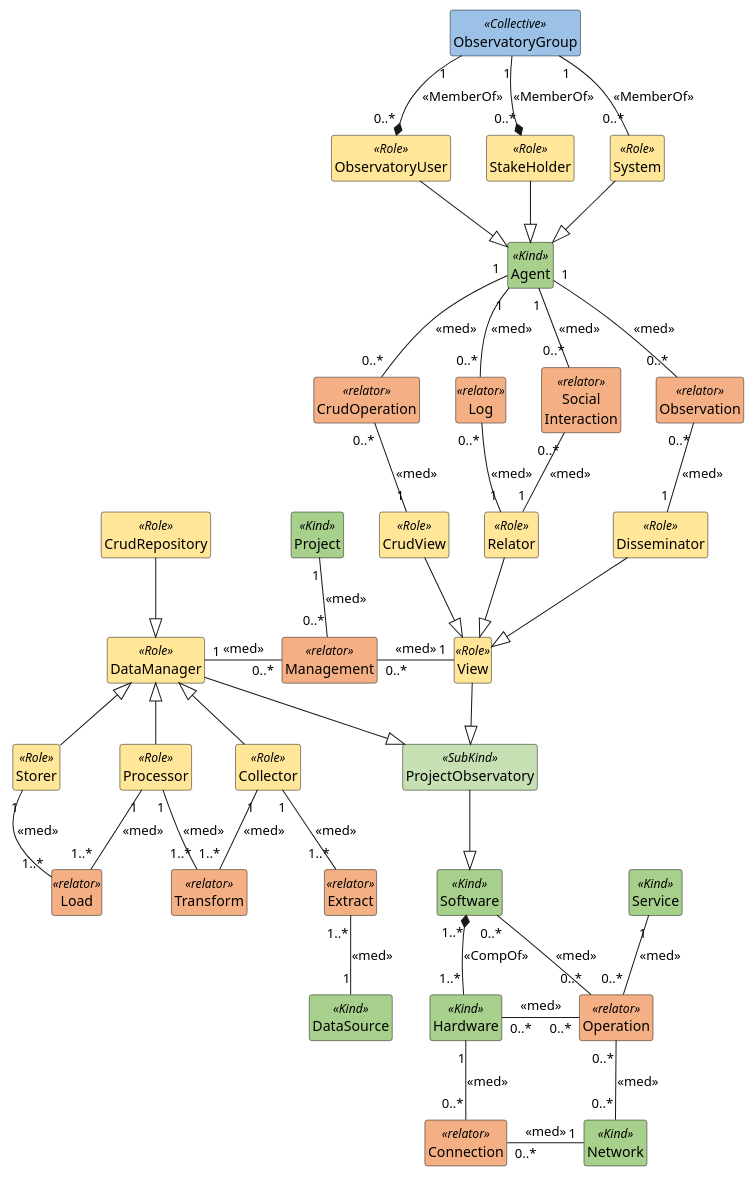
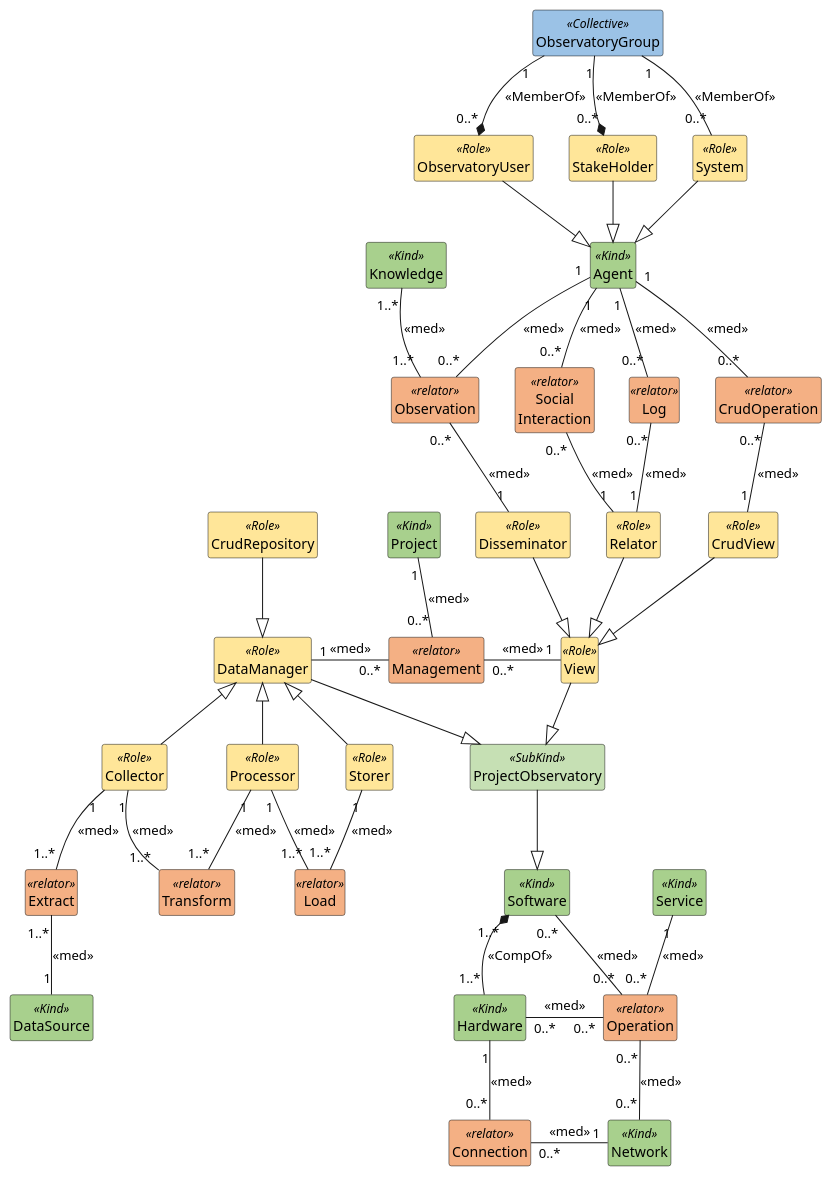
One commit to kvojps/onto-mpo changed the diagram in mpo_formalization.puml. Above: the diagram before and after it, drawn with PlantUML.

Commit message:
[feat]: add Knowledge class and establish relationships in MPO Formalization

```diff
--- a/mpo_formalization.puml
+++ b/mpo_formalization.puml
@@ -1,88 +1,90 @@
 @startuml MPO Formalization
 hide members
 skinparam style strictuml
 
 ' MPO Structures Observatory Formalization
 class ProjectObservatory <<SubKind>> #C6E0B4 {}
 class View <<Role>> #FFE699 {}
 class CrudView <<Role>> #FFE699 {}
 class Relator <<Role>> #FFE699 {}
 class Disseminator <<Role>> #FFE699 {}
 class DataManager <<Role>> #FFE699 {}
 class CrudRepository <<Role>> #FFE699 {}
 class DataSource <<Kind>> #A8D08D {}
 class Extract <<relator>> #F4B084 {}
 class Collector <<Role>> #FFE699 {}
 class Transform <<relator>> #F4B084 {}
 class Processor <<Role>> #FFE699 {}
 class Load <<relator>> #F4B084 {}
 class Storer <<Role>> #FFE699 {}
 class Project <<Kind>> #A8D08D {}
 class Management <<relator>> #F4B084 {}
 
 ProjectObservatory <|-up- DataManager
 ProjectObservatory <|-up- View
 View "1" -left- "0..*" Management : <<med>>
 CrudView --|> View
 Relator --|> View
 Disseminator --|> View
 DataManager <|-up- CrudRepository
 DataManager "1" -right- "0..*" Management : <<med>>
 DataSource "1" -up- "1..*" Extract : <<med>>
 Extract "1..*" -up- "1" Collector : <<med>>
 Collector -up-|> DataManager
 Collector "1" -down- "1..*" Transform: <<med>>
 Transform "1..*" -up- "1" Processor: <<med>>
 Processor -up-|> DataManager
 Processor "1" -down- "1..*" Load: <<med>>
 Load "1..*" -up- "1" Storer: <<med>>
 Storer -up-|> DataManager
 Project "1" -down- "0..*" Management : <<med>>
 
 ' MPO Structures Observatory Infra Formalization
 class Software <<Kind>> #A8D08D {}
 class Hardware <<Kind>> #A8D08D {}
 class Network <<Kind>> #A8D08D {}
 class Connection <<relator>> #F4B084 {}
 class Service <<Kind>> #A8D08D {}
 class Operation <<relator>> #F4B084 {}
 
 ProjectObservatory --|> Software
 Software "1..*" *-down- "1..*" Hardware: <<CompOf>>
 Hardware "1" -down- "0..*" Connection : <<med>>
 Network "1" -left- "0..*" Connection : <<med>>
 Operation "0..*" -left- "0..*" Software : <<med>>
 Operation "0..*" -left- "0..*" Hardware : <<med>>
 Operation "0..*" -down- "0..*" Network : <<med>>
 Service "1" -down- "0..*" Operation : <<med>>
 
 ' MPO Agents Formalization
 class Agent <<Kind>> #A8D08D {}
 class ObservatoryUser <<Role>> #FFE699 {}
 class StakeHolder <<Role>> #FFE699 {}
 class System <<Role>> #FFE699 {}
 class ObservatoryGroup <<Collective>> #9BC2E6 {}
 
 ObservatoryUser -down-|> Agent
 StakeHolder -down-|> Agent
 System -down-|> Agent
 ObservatoryGroup "1" -down-* "0..*" ObservatoryUser: <<MemberOf>>
 ObservatoryGroup "1" -down-* "0..*" StakeHolder: <<MemberOf>>
 ObservatoryGroup "1" -down- "0..*" System: <<MemberOf>>
 
 ' Interactions Formalization
 class CrudOperation <<relator>> #F4B084 {}
 class Log <<relator>> #F4B084 {}
 class SocialInteraction as "Social\nInteraction" <<relator>> #F4B084 {}
 class Observation <<relator>> #F4B084 {}
+class Knowledge <<Kind>> #A8D08D {}
 
 Agent "1" -down- "0..*" CrudOperation: <<med>>
 CrudOperation "0..*" -down- "1" CrudView: <<med>>
 Agent "1" -down- "0..*" Log: <<med>>
 Log "0..*" -down- "1" Relator: <<med>>
 Agent "1" -down- "0..*" SocialInteraction: <<med>>
 SocialInteraction "0..*" -down- "1" Relator: <<med>>
 Agent "1" -down- "0..*" Observation: <<med>>
 Observation "0..*" -down- "1" Disseminator: <<med>>
+Observation "1..*" -up- "1..*" Knowledge: <<med>>
 
 @enduml
```
